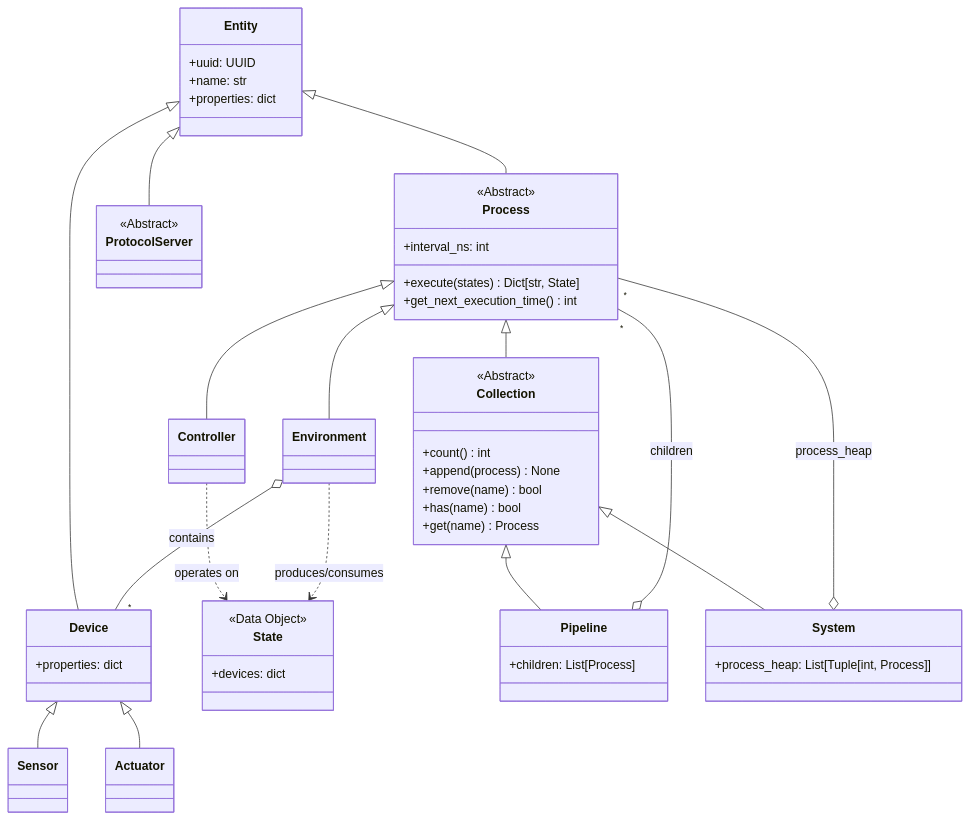
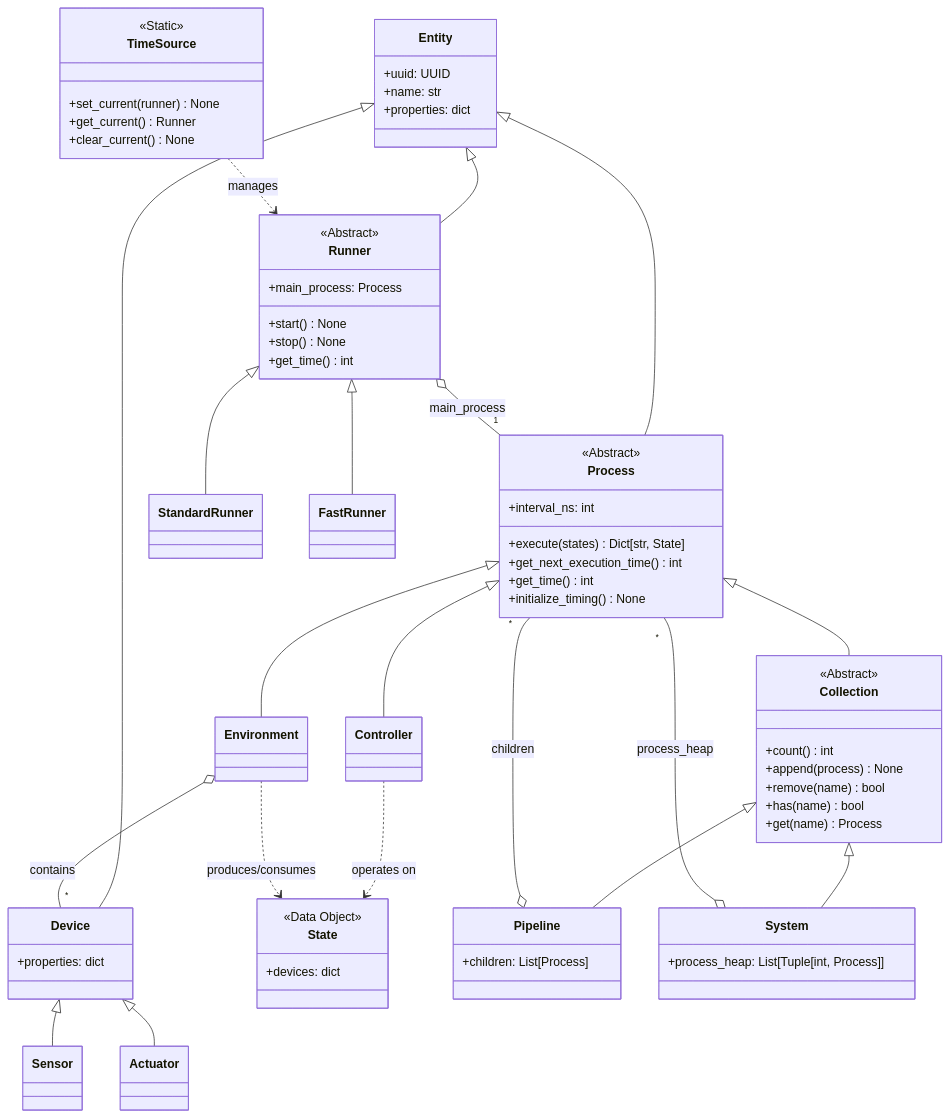
One commit to johnwbyrd/aifand changed the diagram in doc/architecture.md. Above: the diagram before and after it, drawn with Mermaid. The commit also changed other lines of this file and 1 other file, not shown here.

````diff
--- a/doc/architecture.md
+++ b/doc/architecture.md
@@ -85,59 +99,77 @@
 ```mermaid
 classDiagram
     class Entity {
         +uuid: UUID
         +name: str
         +properties: dict
     }
     class Device {
         +properties: dict
     }
     class Sensor
     class Actuator
     class State {
         <<Data Object>>
         +devices: dict
     }
     class Process {
         <<Abstract>>
         +execute(states) Dict[str, State]
         +interval_ns: int
         +get_next_execution_time() int
+        +get_time() int
+        +initialize_timing() None
     }
     class Collection {
         <<Abstract>>
         +count() int
         +append(process) None
         +remove(name) bool
         +has(name) bool
         +get(name) Process
     }
     class Controller
     class Environment
     class Pipeline {
         +children: List[Process]
     }
     class System {
         +process_heap: List[Tuple[int, Process]]
     }
-    class ProtocolServer {
+    class Runner {
         <<Abstract>>
+        +main_process: Process
+        +start() None
+        +stop() None
+        +get_time() int
+    }
+    class StandardRunner
+    class FastRunner
+    class TimeSource {
+        <<Static>>
+        +set_current(runner) None
+        +get_current() Runner
+        +clear_current() None
     }
 
     Entity <|-- Device
     Entity <|-- Process
+    Entity <|-- Runner
     Device <|-- Sensor
     Device <|-- Actuator
     Process <|-- Collection
     Process <|-- Controller
     Process <|-- Environment
     Collection <|-- Pipeline
     Collection <|-- System
-    Entity <|-- ProtocolServer
+    Runner <|-- StandardRunner
+    Runner <|-- FastRunner
 
     Pipeline o-- "*" Process : children
     System o-- "*" Process : process_heap
+    Runner o-- "1" Process : main_process
     Environment o-- "*" Device : contains
     Controller ..> State : operates on
     Environment ..> State : produces/consumes
+    TimeSource ..> Runner : manages
 ```
````
